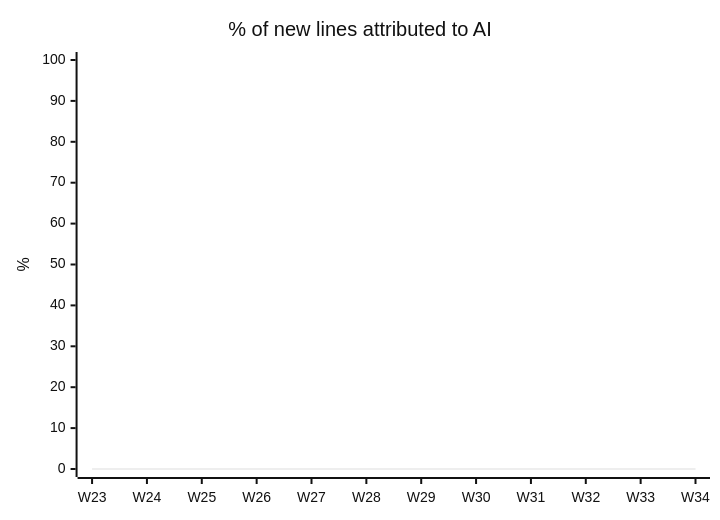
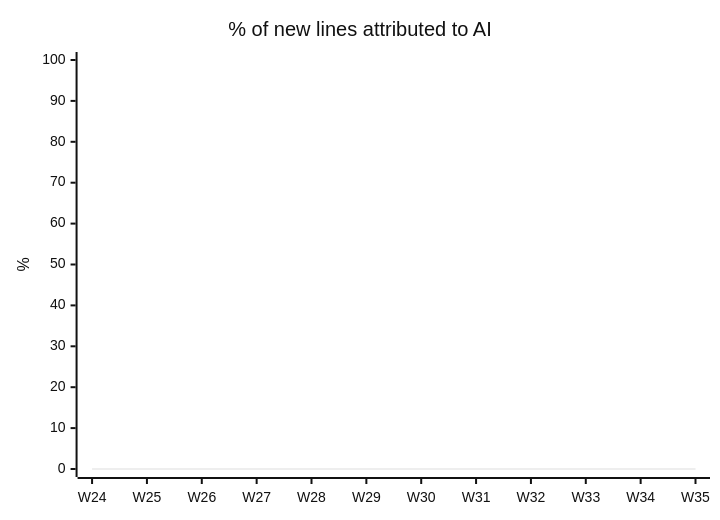
The diagram in docs/AI_USAGE.md (fromwaydowntown/ai-use), drawn with Mermaid (neutral theme) before and after one commit. The commit also changed other lines of this file, not shown here.

````diff
--- a/docs/AI_USAGE.md
+++ b/docs/AI_USAGE.md
@@ -17,7 +17,7 @@
 ```mermaid
 xychart-beta
     title "% of new lines attributed to AI"
-    x-axis ["W23", "W24", "W25", "W26", "W27", "W28", "W29", "W30", "W31", "W32", "W33", "W34"]
+    x-axis ["W24", "W25", "W26", "W27", "W28", "W29", "W30", "W31", "W32", "W33", "W34", "W35"]
     y-axis "%" 0 --> 100
     line [0, 0, 0, 0, 0, 0, 0, 0, 0, 0, 0, 0]
 ```
````
